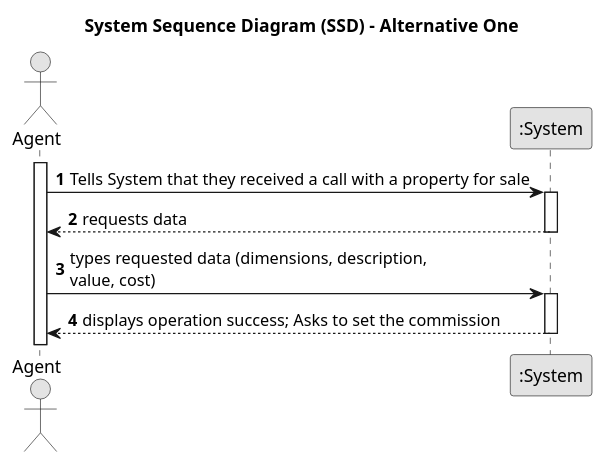
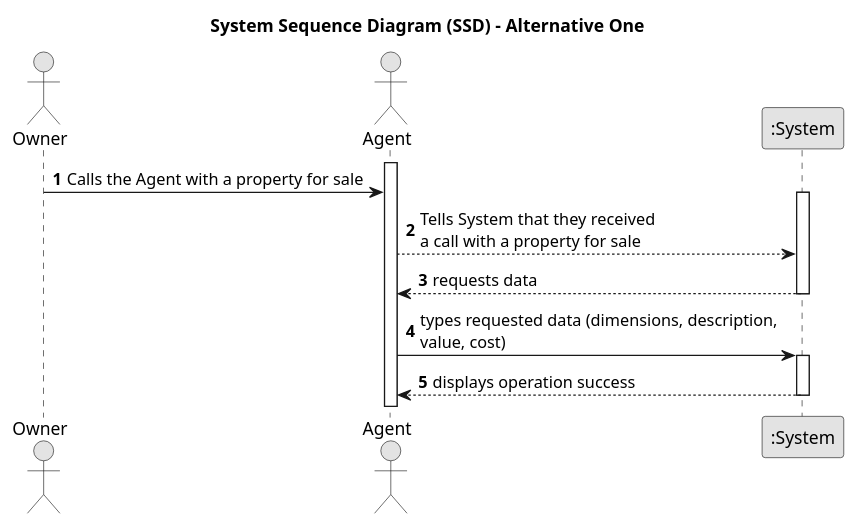
Before and after one commit to Goncalves2525/real-estate-management-system: the diagram in docs/sprintA/us002/01.requirements-engineering/puml/us002-system-sequence-diagram-alternative-one.puml, drawn with PlantUML. The commit also changed 5 other files, not shown here.

```diff
--- a/docs/sprintA/us002/01.requirements-engineering/puml/us002-system-sequence-diagram-alternative-one.puml
+++ b/docs/sprintA/us002/01.requirements-engineering/puml/us002-system-sequence-diagram-alternative-one.puml
@@ -1,27 +1,30 @@
 @startuml
 skinparam monochrome true
 skinparam packageStyle rectangle
 skinparam shadowing false
 
 title System Sequence Diagram (SSD) - Alternative One
 
 autonumber
 
+actor "Owner" as Owner
 actor "Agent" as Agent
 participant ":System" as System
 
 activate Agent
 
-    Agent -> System : Tells System that they received a call with a property for sale
+    Owner -> Agent : Calls the Agent with a property for sale
     activate System
+
+    Agent --> System : Tells System that they received \na call with a property for sale
 
     System --> Agent : requests data
     deactivate System
 
     Agent -> System : types requested data (dimensions, description, \nvalue, cost)
     activate System
 
-    System --> Agent : displays operation success; Asks to set the commission
+    System --> Agent : displays operation success
     deactivate System
 
 @enduml
```
